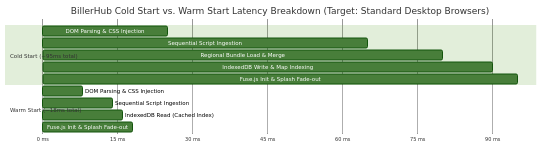
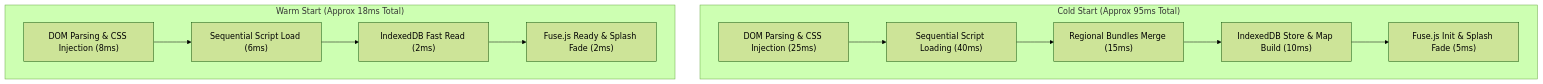
The fourth of 7 diagrams in synced-docs/cf-admin/documentation/archive/DO NOT SCAN!/SYSTEM_PERFORMANCE_AND_SECURITY.md (Harshil8136/chess-game1), drawn with Mermaid (forest theme) before and after one commit. The commit also changed other lines of this file and 4 other files, not shown here.

````diff
--- a/synced-docs/cf-admin/documentation/archive/DO NOT SCAN!/SYSTEM_PERFORMANCE_AND_SECURITY.md
+++ b/synced-docs/cf-admin/documentation/archive/DO NOT SCAN!/SYSTEM_PERFORMANCE_AND_SECURITY.md
@@ -227,19 +218,15 @@
 ```mermaid
-gantt
-    title BillerHub Cold Start vs. Warm Start Latency Breakdown (Target: Standard Desktop Browsers)
-    dateFormat X
-    axisFormat %s ms
+flowchart TD
+    subgraph ColdBoot ["Cold Start (Approx 95ms Total)"]
+        C1["DOM Parsing & CSS Injection (25ms)"] --> C2["Sequential Script Loading (40ms)"]
+        C2 --> C3["Regional Bundles Merge (15ms)"]
+        C3 --> C4["IndexedDB Store & Map Build (10ms)"]
+        C4 --> C5["Fuse.js Init & Splash Fade (5ms)"]
+    end
 
-    section Cold Start (~95ms total)
-    DOM Parsing & CSS Injection       :0, 25
-    Sequential Script Ingestion       :25, 65
-    Regional Bundle Load & Merge      :65, 80
-    IndexedDB Write & Map Indexing    :80, 90
-    Fuse.js Init & Splash Fade-out    :90, 95
-
-    section Warm Start (~18ms total)
-    DOM Parsing & CSS Injection       :0, 8
-    Sequential Script Ingestion       :8, 14
-    IndexedDB Read (Cached Index)     :14, 16
-    Fuse.js Init & Splash Fade-out    :16, 18
+    subgraph WarmBoot ["Warm Start (Approx 18ms Total)"]
+        W1["DOM Parsing & CSS Injection (8ms)"] --> W2["Sequential Script Load (6ms)"]
+        W2 --> W3["IndexedDB Fast Read (2ms)"]
+        W3 --> W4["Fuse.js Ready & Splash Fade (2ms)"]
+    end
 ```
````
